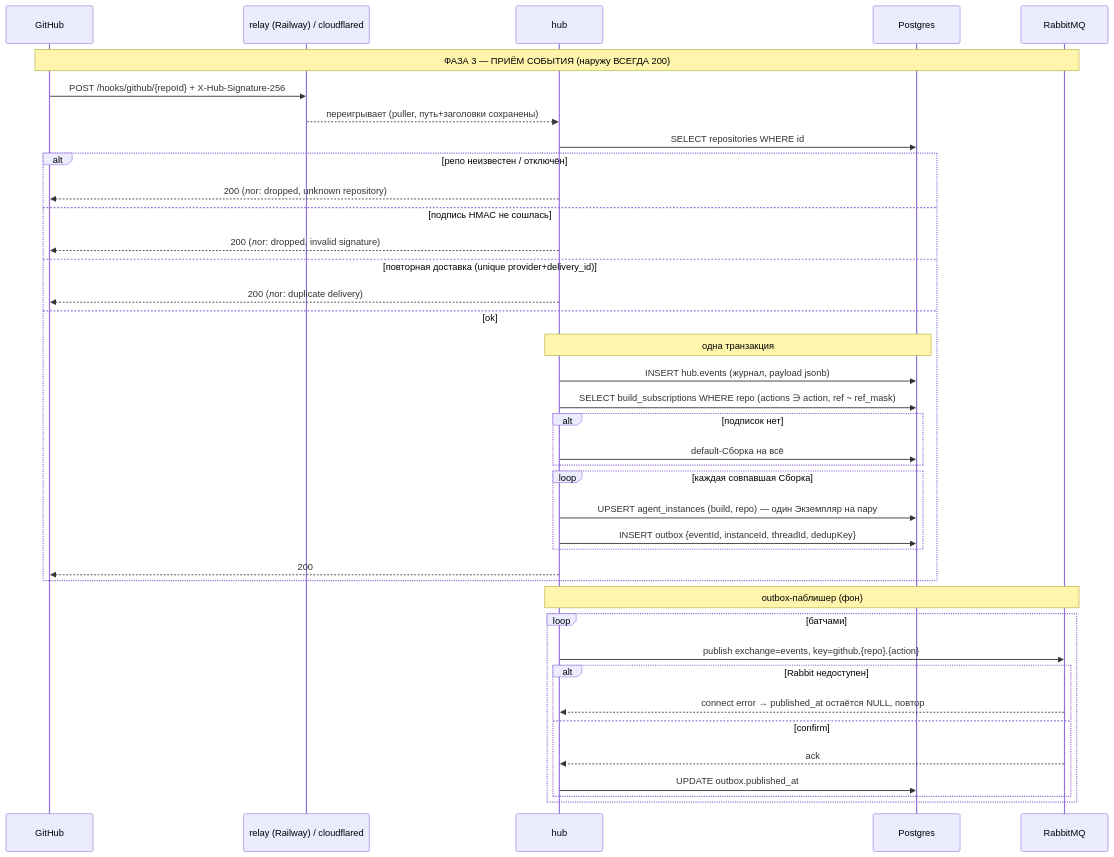
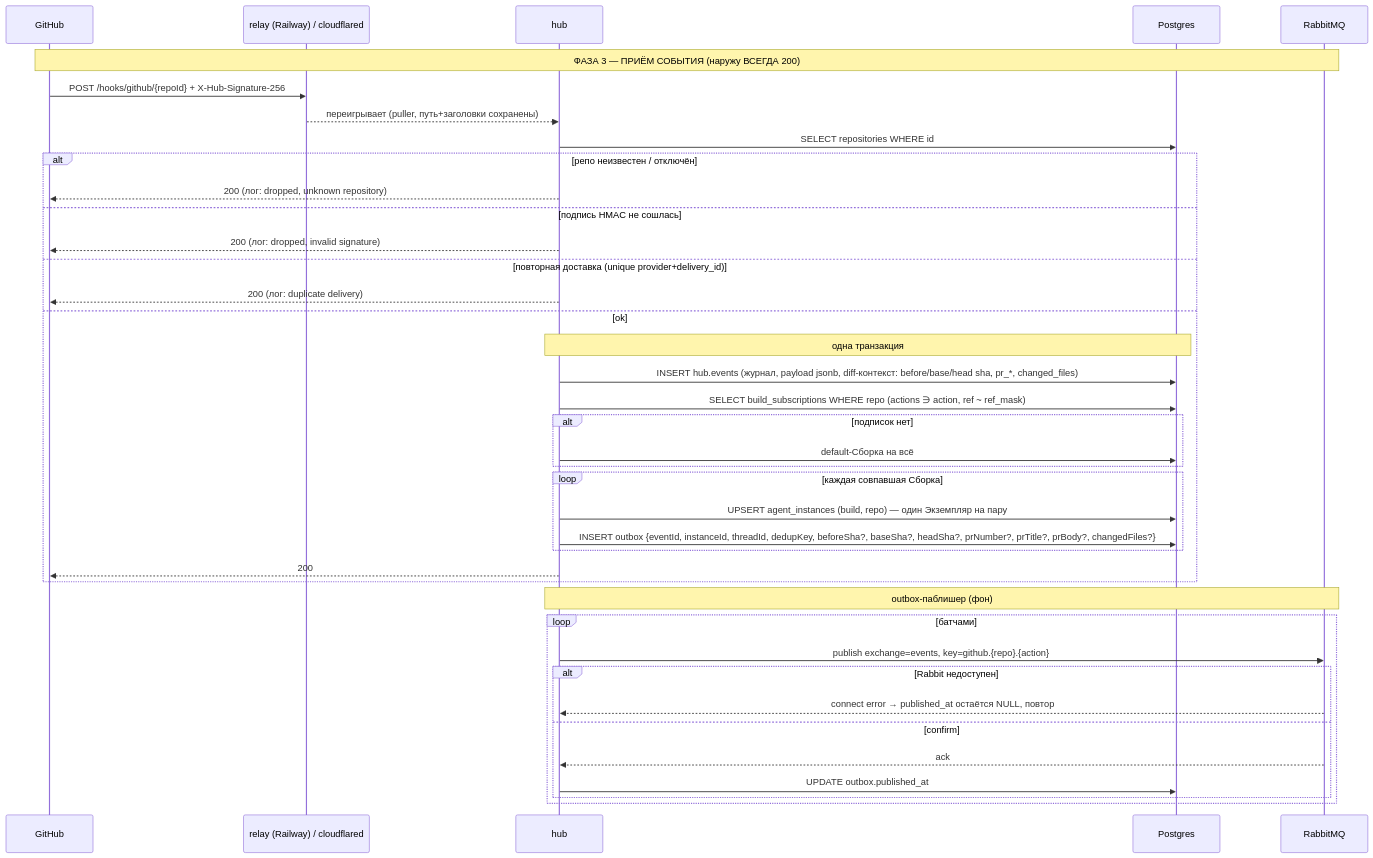
Before and after one commit to Nap20192/git-agent: the third of 8 diagrams in docs/flows.md, drawn with Mermaid. The commit also changed other lines of this file and 4 other files, not shown here.

First line of the commit message:
hub /trigger: manual несёт beforeSha = коммит последнего обработанного События; docs

````diff
--- a/docs/flows.md
+++ b/docs/flows.md
@@ -108,42 +108,42 @@
 ```mermaid
 sequenceDiagram
     participant G as GitHub
     participant R as relay (Railway) / cloudflared
     participant H as hub
     participant DB as Postgres
     participant MQ as RabbitMQ
 
     Note over G,MQ: ФАЗА 3 — ПРИЁМ СОБЫТИЯ (наружу ВСЕГДА 200)
     G->>R: POST /hooks/github/{repoId} + X-Hub-Signature-256
     R-->>H: переигрывает (puller, путь+заголовки сохранены)
     H->>DB: SELECT repositories WHERE id
     alt репо неизвестен / отключён
         H-->>G: 200 (лог: dropped, unknown repository)
     else подпись HMAC не сошлась
         H-->>G: 200 (лог: dropped, invalid signature)
     else повторная доставка (unique provider+delivery_id)
         H-->>G: 200 (лог: duplicate delivery)
     else ok
         Note over H,DB: одна транзакция
-        H->>DB: INSERT hub.events (журнал, payload jsonb)
+        H->>DB: INSERT hub.events (журнал, payload jsonb, diff-контекст: before/base/head sha, pr_*, changed_files)
         H->>DB: SELECT build_subscriptions WHERE repo (actions ∋ action, ref ~ ref_mask)
         alt подписок нет
             H->>DB: default-Сборка на всё
         end
         loop каждая совпавшая Сборка
             H->>DB: UPSERT agent_instances (build, repo) — один Экземпляр на пару
-            H->>DB: INSERT outbox {eventId, instanceId, threadId, dedupKey}
+            H->>DB: INSERT outbox {eventId, instanceId, threadId, dedupKey, beforeSha?, baseSha?, headSha?, prNumber?, prTitle?, prBody?, changedFiles?}
         end
         H-->>G: 200
     end
     Note over H,MQ: outbox-паблишер (фон)
     loop батчами
         H->>MQ: publish exchange=events, key=github.{repo}.{action}
         alt Rabbit недоступен
             MQ-->>H: connect error → published_at остаётся NULL, повтор
         else confirm
             MQ-->>H: ack
             H->>DB: UPDATE outbox.published_at
         end
     end
 ```
````
